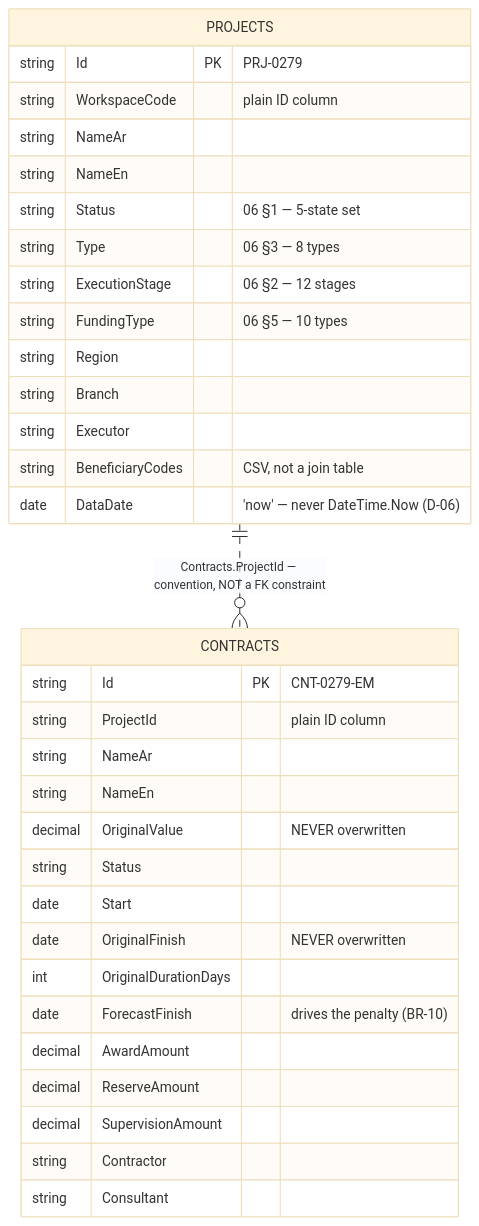
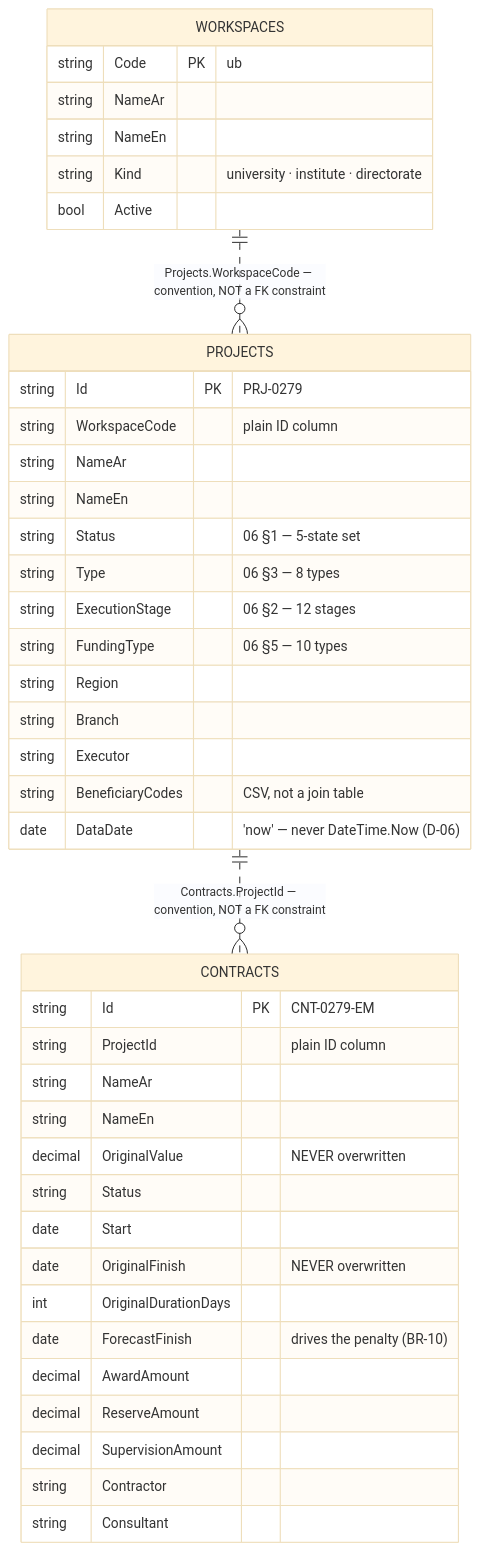
One commit to Anas-M-Ardah/EPM-PROTO-2 changed the third of 5 diagrams in docs/uml/projects.md. Above: the diagram before and after it, drawn with Mermaid (base theme). The commit also changed other lines of this file and 10 other files, not shown here.

````diff
--- a/docs/uml/projects.md
+++ b/docs/uml/projects.md
@@ -107,38 +113,47 @@
 ```mermaid
 erDiagram
     PROJECTS {
         string  Id PK "PRJ-0279"
         string  WorkspaceCode "plain ID column"
         string  NameAr
         string  NameEn
         string  Status "06 §1 — 5-state set"
         string  Type "06 §3 — 8 types"
         string  ExecutionStage "06 §2 — 12 stages"
         string  FundingType "06 §5 — 10 types"
         string  Region
         string  Branch
         string  Executor
         string  BeneficiaryCodes "CSV, not a join table"
         date    DataDate "'now' — never DateTime.Now (D-06)"
     }
 
     CONTRACTS {
         string  Id PK "CNT-0279-EM"
         string  ProjectId "plain ID column"
         string  NameAr
         string  NameEn
         decimal OriginalValue "NEVER overwritten"
         string  Status
         date    Start
         date    OriginalFinish "NEVER overwritten"
         int     OriginalDurationDays
         date    ForecastFinish "drives the penalty (BR-10)"
         decimal AwardAmount
         decimal ReserveAmount
         decimal SupervisionAmount
         string  Contractor
         string  Consultant
     }
 
+    WORKSPACES {
+        string Code PK "ub"
+        string NameAr
+        string NameEn
+        string Kind "university · institute · directorate"
+        bool   Active
+    }
+
     PROJECTS ||..o{ CONTRACTS : "Contracts.ProjectId — convention, NOT a FK constraint"
+    WORKSPACES ||..o{ PROJECTS : "Projects.WorkspaceCode — convention, NOT a FK constraint"
 ```
````
